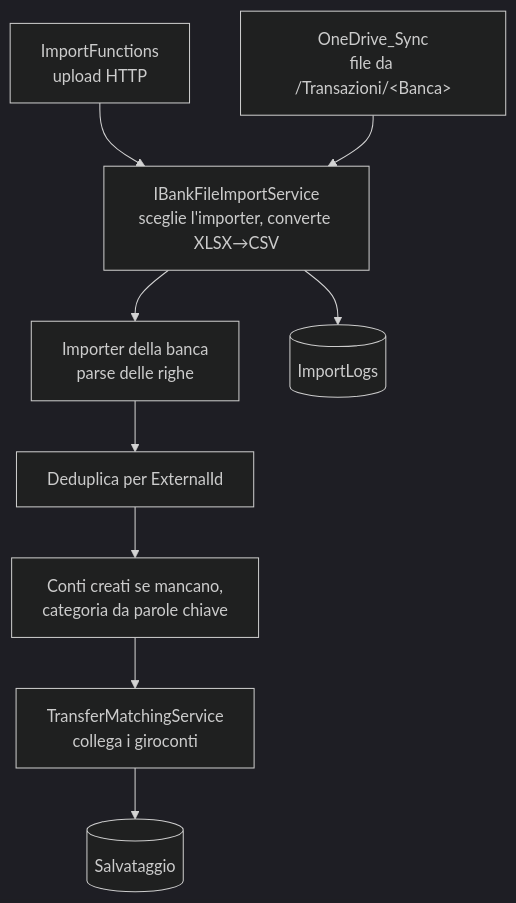
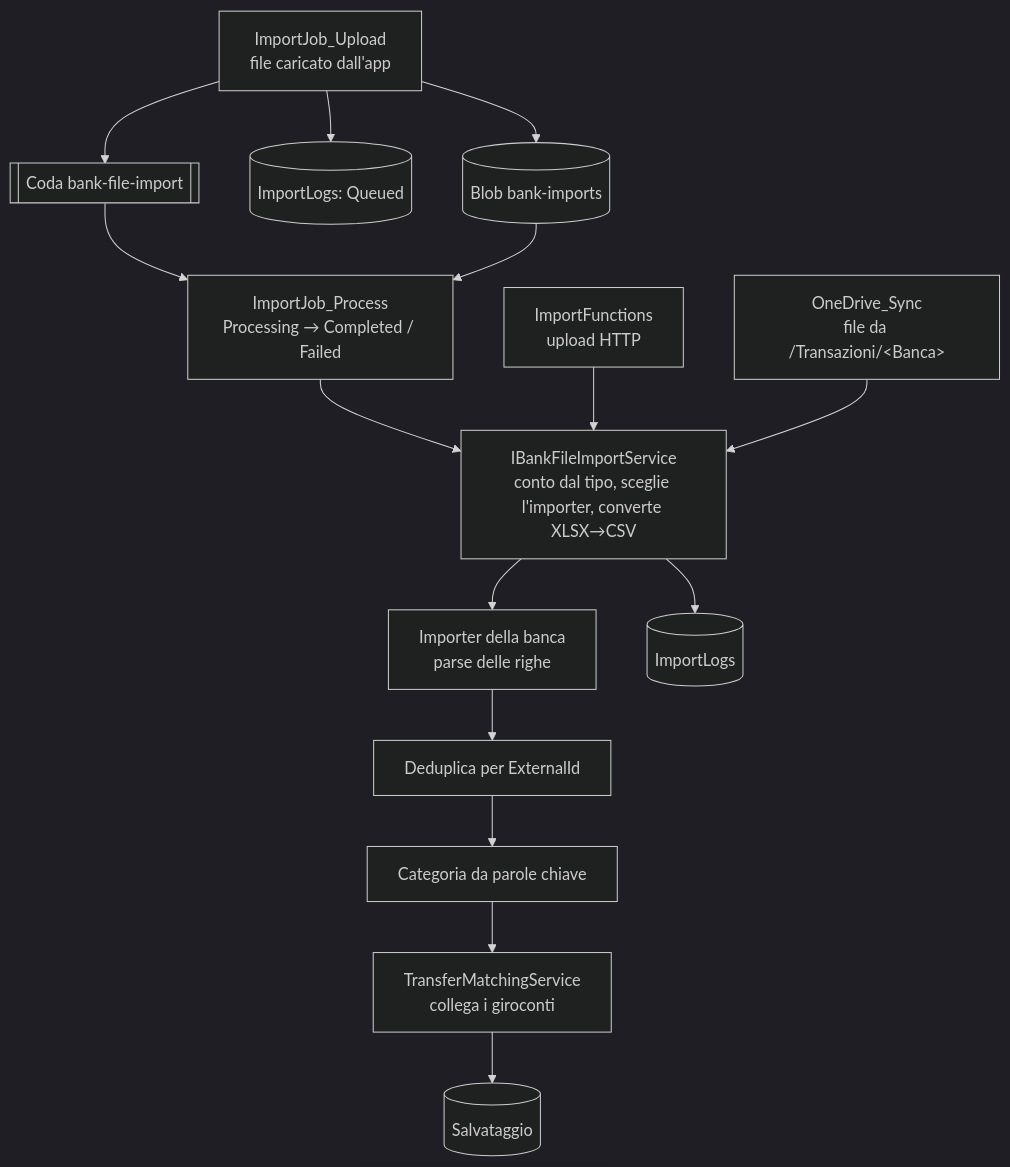
One commit to roberto-desalvo/ExpenseTracker.App changed the second of 2 diagrams in docs/02-backend.md. Above: the diagram before and after it, drawn with Mermaid (dark theme). The commit also changed other lines of this file and 113 other files, not shown here.

````diff
--- a/docs/02-backend.md
+++ b/docs/02-backend.md
@@ -86,11 +89,17 @@
 ```mermaid
 flowchart TD
+    app[ImportJob_Upload<br/>file caricato dall'app] --> blob[(Blob bank-imports)]
+    app --> queued[(ImportLogs: Queued)]
+    app --> queue[[Coda bank-file-import]]
+    queue --> job[ImportJob_Process<br/>Processing → Completed / Failed]
+    blob --> job
+    job --> bfi
     http[ImportFunctions<br/>upload HTTP] --> bfi
     od[OneDrive_Sync<br/>file da /Transazioni/&lt;Banca&gt;] --> bfi
-    bfi[IBankFileImportService<br/>sceglie l'importer, converte XLSX→CSV] --> imp
+    bfi[IBankFileImportService<br/>conto dal tipo, sceglie l'importer, converte XLSX→CSV] --> imp
     imp[Importer della banca<br/>parse delle righe] --> dedup[Deduplica per ExternalId]
-    dedup --> enrich[Conti creati se mancano,<br/>categoria da parole chiave]
+    dedup --> enrich[Categoria da parole chiave]
     enrich --> match[TransferMatchingService<br/>collega i giroconti]
     match --> save[(Salvataggio)]
     bfi --> log[(ImportLogs)]
 ```
````
